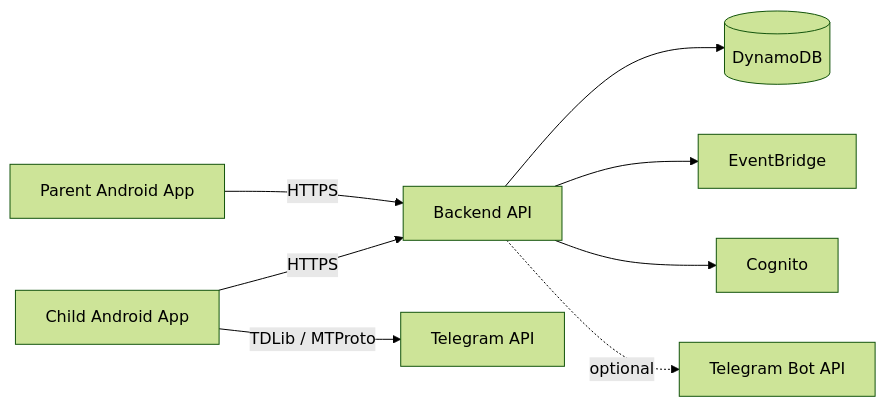
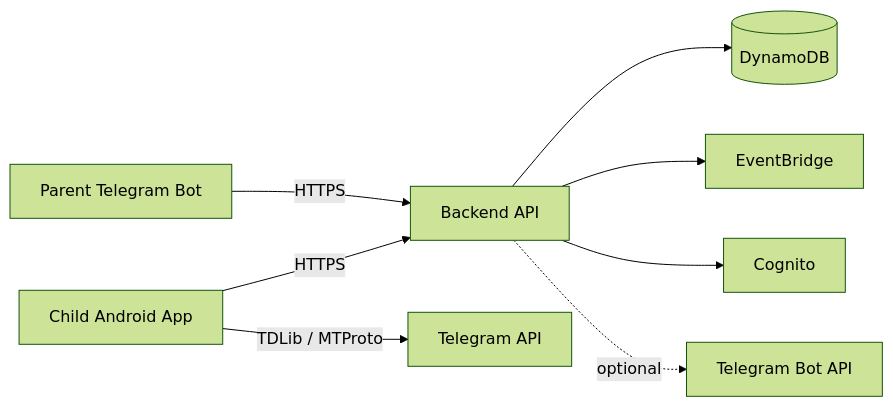
Before and after one commit to ivanvsobolev-devops/TelegramKidsProject: the diagram in docs/architecture/system-overview.md, drawn with Mermaid (forest theme). The commit also changed 14 other files, not shown here.

Commit message:
feat: update MVP architecture and defer parent app to V2; integrate Telegram Bot for approval process

````diff
--- a/docs/architecture/system-overview.md
+++ b/docs/architecture/system-overview.md
@@ -5,10 +5,10 @@
 ```mermaid
 flowchart LR
     Child[Child Android App] -->|HTTPS| Backend[Backend API]
-    Parent[Parent Android App] -->|HTTPS| Backend
+    Parent[Parent Telegram Bot] -->|HTTPS| Backend
     Child -->|TDLib / MTProto| Telegram[Telegram API]
     Backend --> Data[(DynamoDB)]
     Backend --> Events[EventBridge]
     Backend --> Identity[Cognito]
     Backend -. optional .-> Bot[Telegram Bot API]
 ```
````
